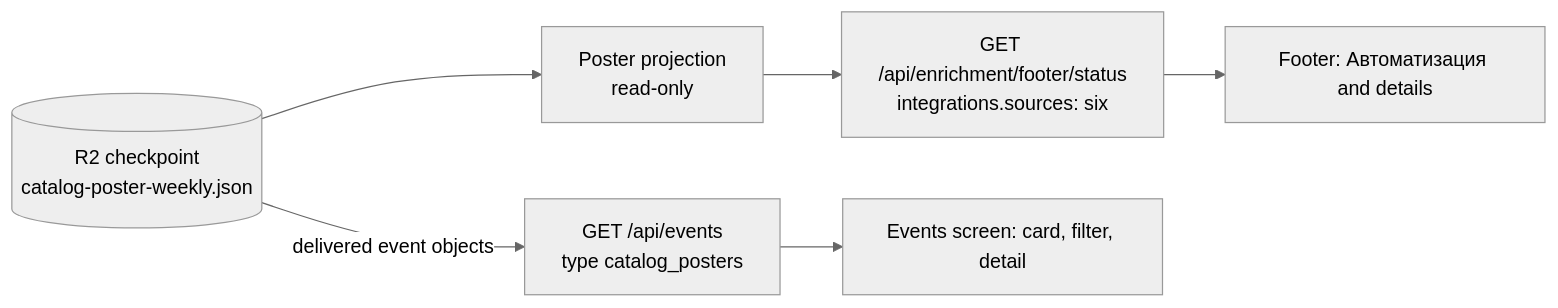
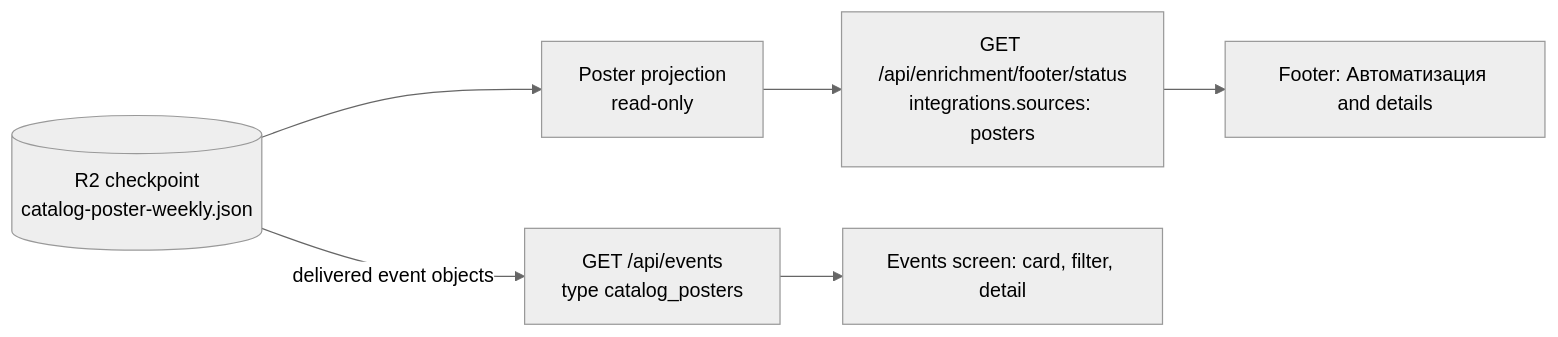
One commit to vladimino/iptv-watchlist changed the second of 2 diagrams in docs/architecture/ui-and-read-models.md. Above: the diagram before and after it, drawn with Mermaid (neutral theme). The commit also changed other lines of this file and 13 other files, not shown here.

````diff
--- a/docs/architecture/ui-and-read-models.md
+++ b/docs/architecture/ui-and-read-models.md
@@ -119,11 +123,11 @@
 ```mermaid
 flowchart LR
     cp[("R2 checkpoint<br/>catalog-poster-weekly.json")]
     proj["Poster projection<br/>read-only"]
-    footerApi["GET /api/enrichment/footer/status<br/>integrations.sources: six"]
+    footerApi["GET /api/enrichment/footer/status<br/>integrations.sources: posters"]
     eventsApi["GET /api/events<br/>type catalog_posters"]
     footerUi["Footer: Автоматизация and details"]
     eventsUi["Events screen: card, filter, detail"]
     cp --> proj --> footerApi --> footerUi
     cp -->|"delivered event objects"| eventsApi --> eventsUi
 ```
````
